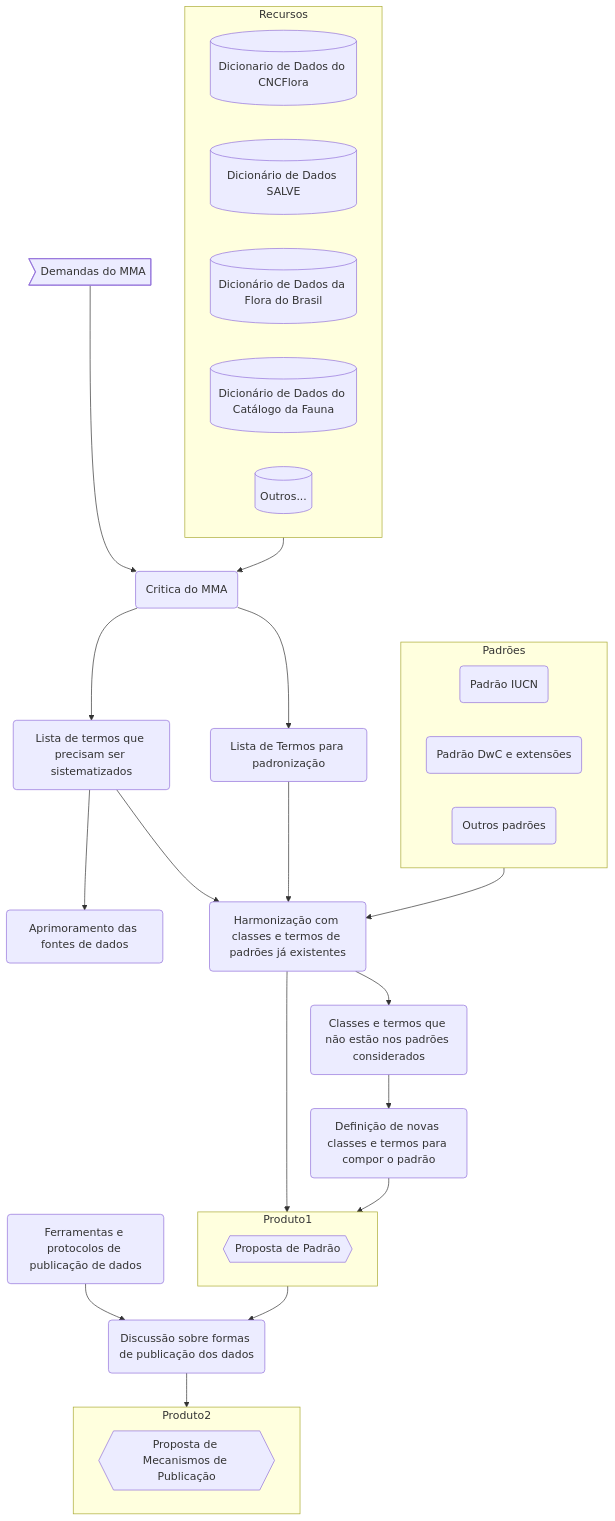
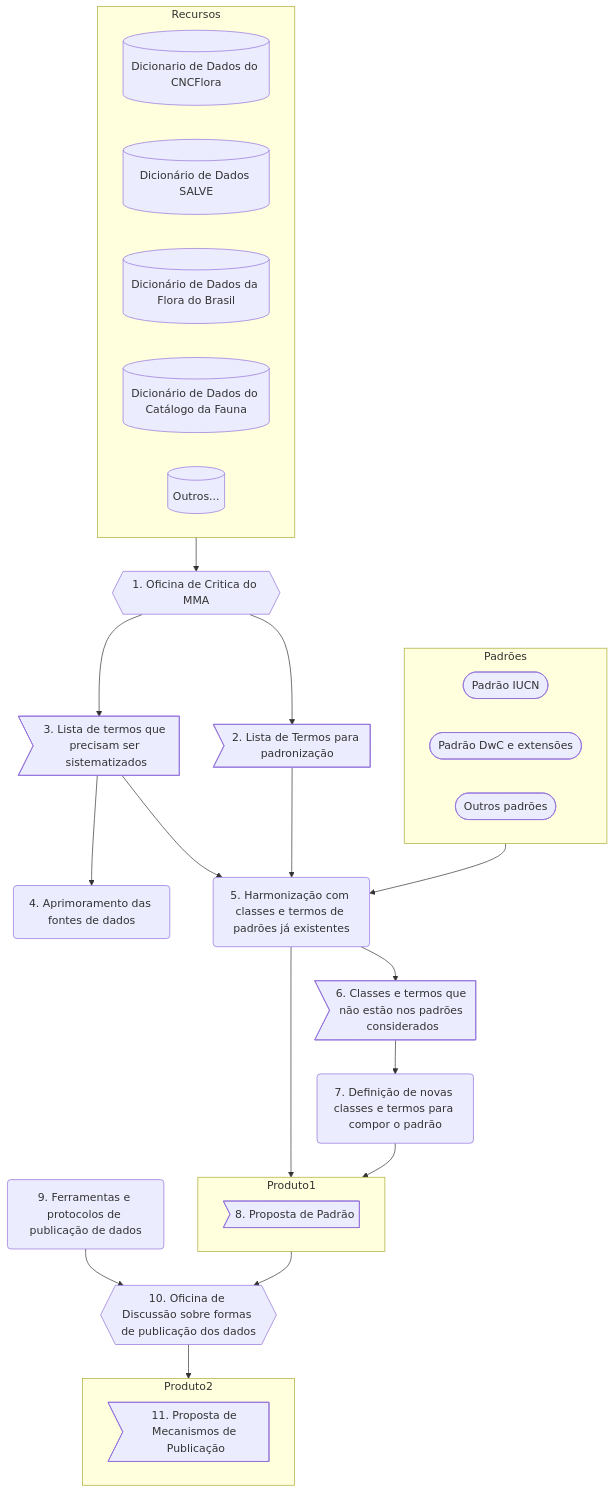
Before and after one commit to jlanna/MMA-Ameacadas: the first of 2 diagrams in readme/Fluxograma1.md, drawn with Mermaid. The commit also changed other lines of this file, not shown here.

Commit message:
Atualização

````diff
--- a/readme/Fluxograma1.md
+++ b/readme/Fluxograma1.md
@@ -1,38 +3,37 @@
 ```mermaid
 flowchart TB
-    A(Critica do MMA) --> B(Lista de Termos para padronização)
-    A --> C(Lista de termos que precisam ser sistematizados)
-    D>Demandas do MMA] --> A
+    A{{1. Oficina de Critica do MMA}} --> B>2. Lista de Termos para padronização]
+    A --> C>3. Lista de termos que precisam ser sistematizados]
     Recursos --> A
     subgraph Recursos
         direction RL    
         dc1[(Dicionario de Dados do CNCFlora)]
         dc2[(Dicionário de Dados SALVE)]
         dc3[(Dicionário de Dados da Flora do Brasil)]
         dc4[(Dicionário de Dados do Catálogo da Fauna)]
         dc5[(Outros...)]
      end
-    C(Lista de termos que precisam ser sistematizados) --> E(Aprimoramento das fontes de dados)
-    C --> F(Harmonização com classes e termos de padrões já existentes)
-    B --> F(Harmonização com classes e termos de padrões já existentes)
+    C --> E(4. Aprimoramento das fontes de dados)
+    C --> F(5. Harmonização com classes e termos de padrões já existentes)
+    B --> F
         subgraph Padrões
         direction RL
-        G(Padrão IUCN)
-        H(Padrão DwC e extensões)
-        I(Outros padrões)
+        G([Padrão IUCN])
+        H([Padrão DwC e extensões])
+        I([Outros padrões])
     end
     Padrões --> F   
-    F --> J(Classes e termos que não estão nos padrões considerados)
-    J --> K(Definição de novas classes e termos para compor o padrão)
+    F --> J>6. Classes e termos que não estão nos padrões considerados]
+    J --> K(7. Definição de novas classes e termos para compor o padrão)
     subgraph Produto1
-        L{{Proposta de Padrão}}
+        L>8. Proposta de Padrão]
     end
     F --> Produto1
     K --> Produto1
-    Produto1 --> M(Discussão sobre formas de publicação dos dados)
+    Produto1 --> M{{10. Oficina de Discussão sobre formas de publicação dos dados}}
     subgraph Produto2
-        N{{Proposta de Mecanismos de Publicação}}
+        N>11. Proposta de Mecanismos de Publicação]
     end
-    O(Ferramentas e protocolos de publicação de dados) --> M
+    O(9. Ferramentas e protocolos de publicação de dados) --> M
     M --> Produto2
 ```
````
